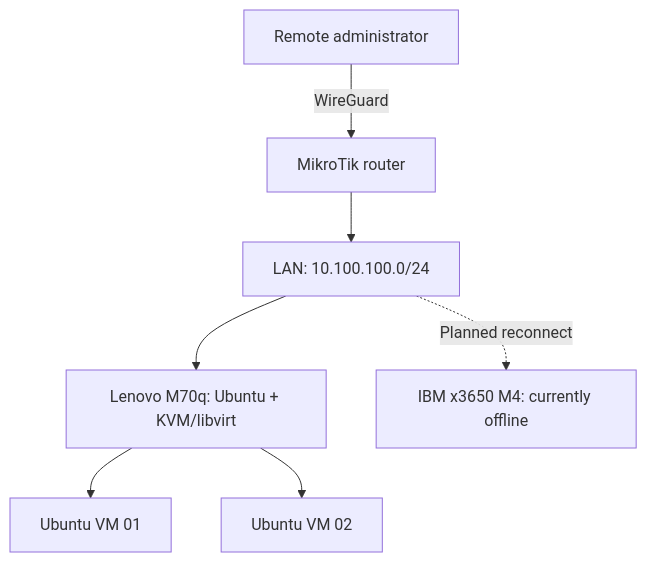
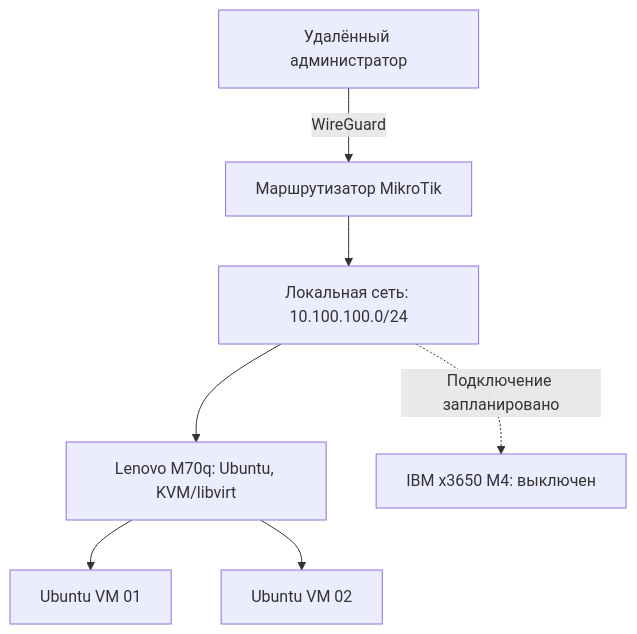
Before and after one commit to Forsunkin/linux-infrastructure-lab: the diagram in README.md, drawn with Mermaid. The commit also changed other lines of this file, not shown here.

````diff
--- a/README.md
+++ b/README.md
@@ -29,9 +29,9 @@
 ```mermaid
 flowchart TD
-    Admin[Remote administrator] -->|WireGuard| Router[MikroTik router]
-    Router --> LAN[LAN: 10.100.100.0/24]
-    LAN --> Lenovo[Lenovo M70q: Ubuntu + KVM/libvirt]
-    Lenovo --> VM1[Ubuntu VM 01]
-    Lenovo --> VM2[Ubuntu VM 02]
-    LAN -.->|Planned reconnect| IBM[IBM x3650 M4: currently offline]
+    Admin["Удалённый администратор"] -->|WireGuard| Router["Маршрутизатор MikroTik"]
+    Router --> LAN["Локальная сеть: 10.100.100.0/24"]
+    LAN --> Lenovo["Lenovo M70q: Ubuntu, KVM/libvirt"]
+    Lenovo --> VM1["Ubuntu VM 01"]
+    Lenovo --> VM2["Ubuntu VM 02"]
+    LAN -.->|Подключение запланировано| IBM["IBM x3650 M4: выключен"]
 ```
````
